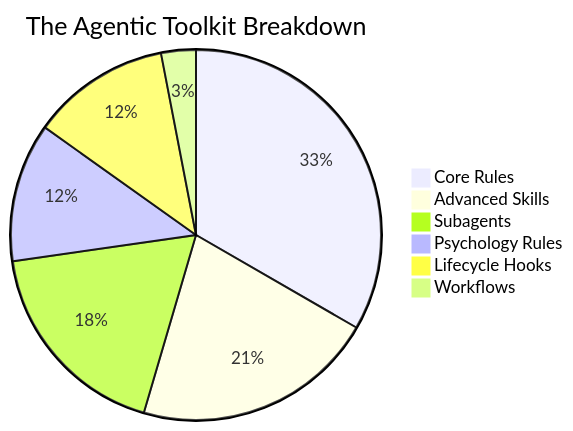
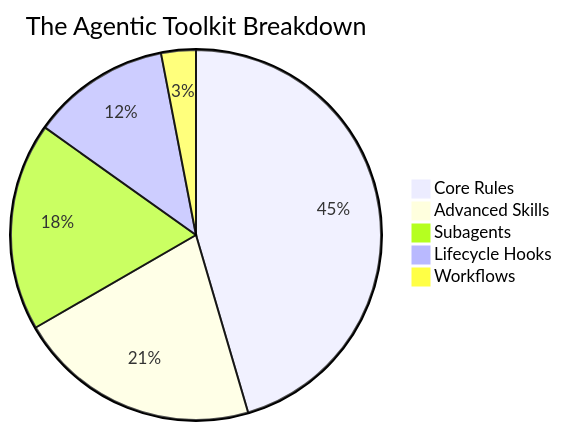
Before and after one commit to FlameBLIZZard/better-agents: the diagram in README.md, drawn with Mermaid. The commit also changed 7 other files, not shown here.

````diff
--- a/README.md
+++ b/README.md
@@ -77,9 +77,8 @@
 ```mermaid
 pie title The Agentic Toolkit Breakdown
-    "Core Rules" : 11
+    "Core Rules" : 15
     "Advanced Skills" : 7
     "Subagents" : 6
-    "Psychology Rules" : 4
     "Lifecycle Hooks" : 4
     "Workflows" : 1
 ```
````
